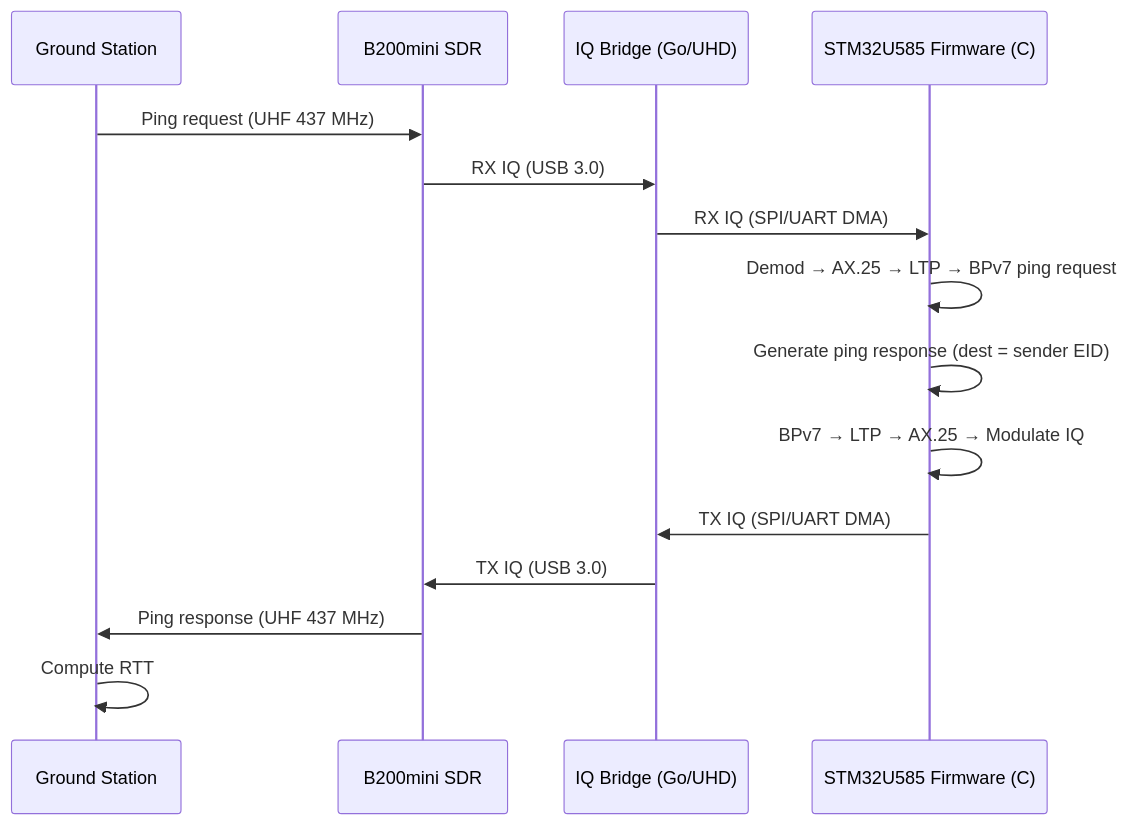
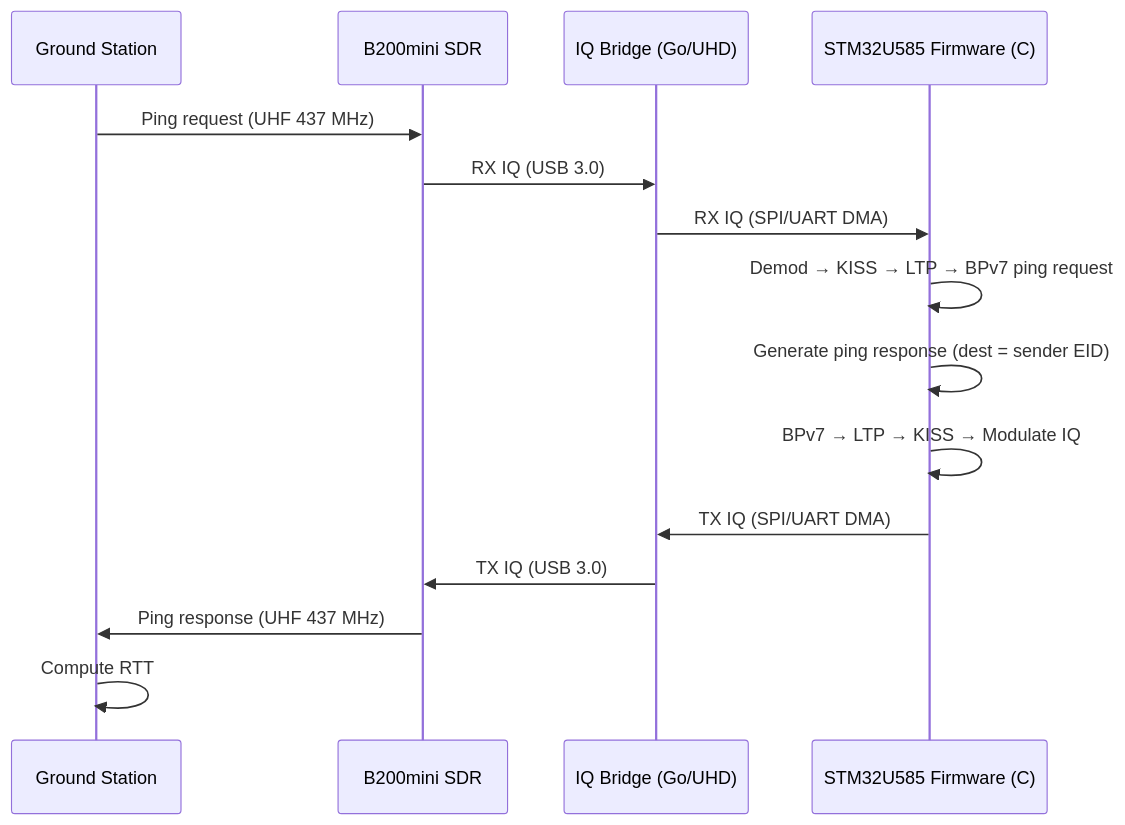
Before and after one commit to g4dpz/cislunar_proposal: the fifth of 6 diagrams in docs/cubesat-em-phase2/design.md, drawn with Mermaid. The commit also changed other lines of this file and 17 other files, not shown here.

Commit message:
Replace AX.25 with LTP-over-KISS and dtn:// EIDs across all specs, add cislunar redirect conf

````diff
--- a/docs/cubesat-em-phase2/design.md
+++ b/docs/cubesat-em-phase2/design.md
@@ -182,18 +182,18 @@
 ```mermaid
 sequenceDiagram
     participant GS as Ground Station
     participant B200 as B200mini SDR
     participant IQB as IQ Bridge (Go/UHD)
     participant FW as STM32U585 Firmware (C)
 
     GS->>B200: Ping request (UHF 437 MHz)
     B200->>IQB: RX IQ (USB 3.0)
     IQB->>FW: RX IQ (SPI/UART DMA)
-    FW->>FW: Demod → AX.25 → LTP → BPv7 ping request
+    FW->>FW: Demod → KISS → LTP → BPv7 ping request
     FW->>FW: Generate ping response (dest = sender EID)
-    FW->>FW: BPv7 → LTP → AX.25 → Modulate IQ
+    FW->>FW: BPv7 → LTP → KISS → Modulate IQ
     FW->>IQB: TX IQ (SPI/UART DMA)
     IQB->>B200: TX IQ (USB 3.0)
     B200->>GS: Ping response (UHF 437 MHz)
     GS->>GS: Compute RTT
 ```
````
